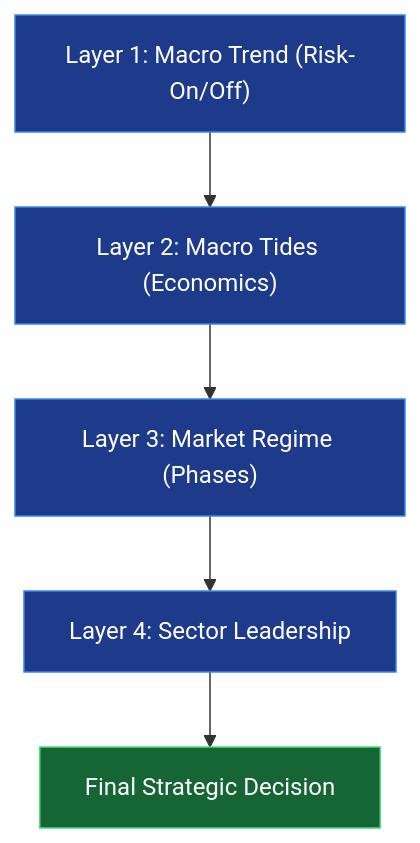
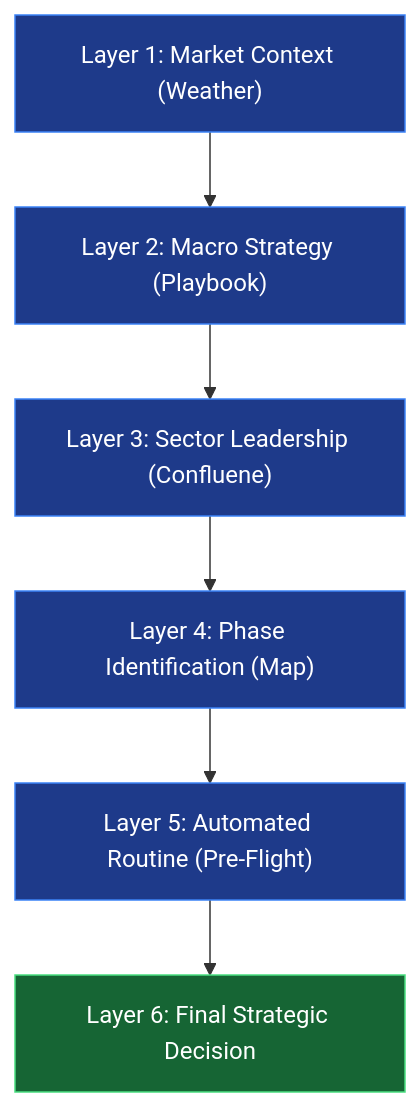
One commit to rightedges/stockintelligence changed the first of 5 diagrams in docs/market_intelligence.md. Above: the diagram before and after it, drawn with Mermaid. The commit also changed other lines of this file and 1 other file, not shown here.

Commit message:
UI: Rearranged Market Intelligence sections to follow logical 6-layer flow

````diff
--- a/docs/market_intelligence.md
+++ b/docs/market_intelligence.md
@@ -11,13 +11,15 @@
 ```mermaid
 graph TD
-    A["Layer 1: Macro Trend (Risk-On/Off)"] --> B["Layer 2: Macro Tides (Economics)"]
-    B --> C["Layer 3: Market Regime (Phases)"]
-    C --> D["Layer 4: Sector Leadership"]
-    D --> E["Final Strategic Decision"]
+    A["Layer 1: Market Context (Weather)"] --> B["Layer 2: Macro Strategy (Playbook)"]
+    B --> C["Layer 3: Sector Leadership (Confluene)"]
+    C --> D["Layer 4: Phase Identification (Map)"]
+    D --> E["Layer 5: Automated Routine (Pre-Flight)"]
+    E --> F["Layer 6: Final Strategic Decision"]
 
     style A fill:#1e3a8a,stroke:#3b82f6,color:#fff
     style B fill:#1e3a8a,stroke:#3b82f6,color:#fff
     style C fill:#1e3a8a,stroke:#3b82f6,color:#fff
     style D fill:#1e3a8a,stroke:#3b82f6,color:#fff
-    style E fill:#166534,stroke:#4ade80,color:#fff
+    style E fill:#1e3a8a,stroke:#3b82f6,color:#fff
+    style F fill:#166534,stroke:#4ade80,color:#fff
 ```
````
